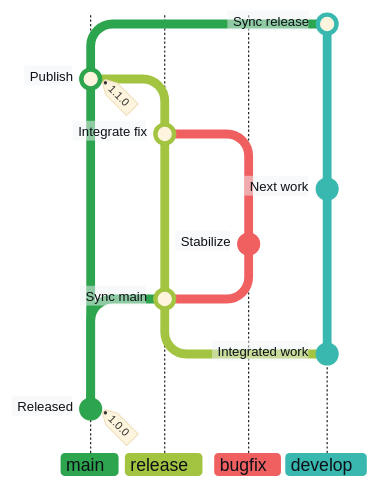
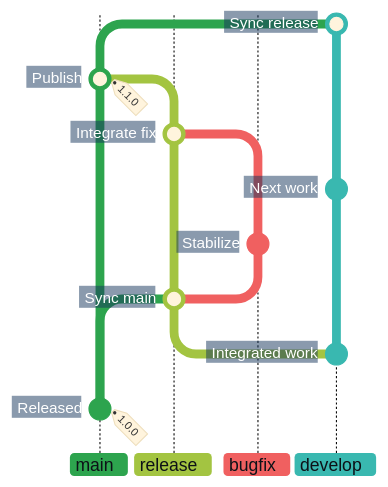
Before and after one commit to superhero/operations.superduper.solutions: the second of 3 diagrams in docs/adr/cicd.md, drawn with Mermaid. The commit also changed other lines of this file, not shown here.

Commit message:
docs: style graph notes with padded blue labels

````diff
--- a/docs/adr/cicd.md
+++ b/docs/adr/cicd.md
@@ -74,27 +74,27 @@
 ```mermaid
-%%{init: {"theme": "base", "themeCSS": ".commit-label-bkg { opacity: 1; }", "gitGraph": {"showCommitLabel": true, "rotateCommitLabel": false}, "themeVariables": {
-    "commitLabelFontSize": "12px", "commitLabelColor": "#0D1117", "commitLabelBackground": "#F0F3F6",
+%%{init: {"theme": "base", "themeCSS": ".commit-label { font-weight: 700; } .commit-label-bkg { opacity: 1; stroke: #17365D; stroke-width: 8px; transform: translateX(3px); }", "gitGraph": {"showCommitLabel": true, "rotateCommitLabel": false}, "themeVariables": {
+    "commitLabelFontSize": "14px", "commitLabelColor": "#FFFFFF", "commitLabelBackground": "#17365D",
     "git0": "#2DA44E", "gitBranchLabel0": "#0D1117",
     "git1": "#A3C441", "gitBranchLabel1": "#0D1117",
     "git2": "#F06060", "gitBranchLabel2": "#0D1117",
     "git3": "#39B8B0", "gitBranchLabel3": "#0D1117"
 }}}%%
 gitGraph BT:
     branch develop order: 3
     checkout main
     commit id: "Released" tag: "1.0.0"
     checkout develop
     commit id: "Integrated work"
     branch "release" order: 1
     merge main id: "Sync main"
     branch "bugfix" order: 2
     commit id: "Stabilize"
     checkout develop
     commit id: "Next work"
     checkout "release"
     merge "bugfix" id: "Integrate fix"
     checkout main
     merge "release" id: "Publish" tag: "1.1.0"
     checkout develop
     merge main id: "Sync release"
 ```
````
